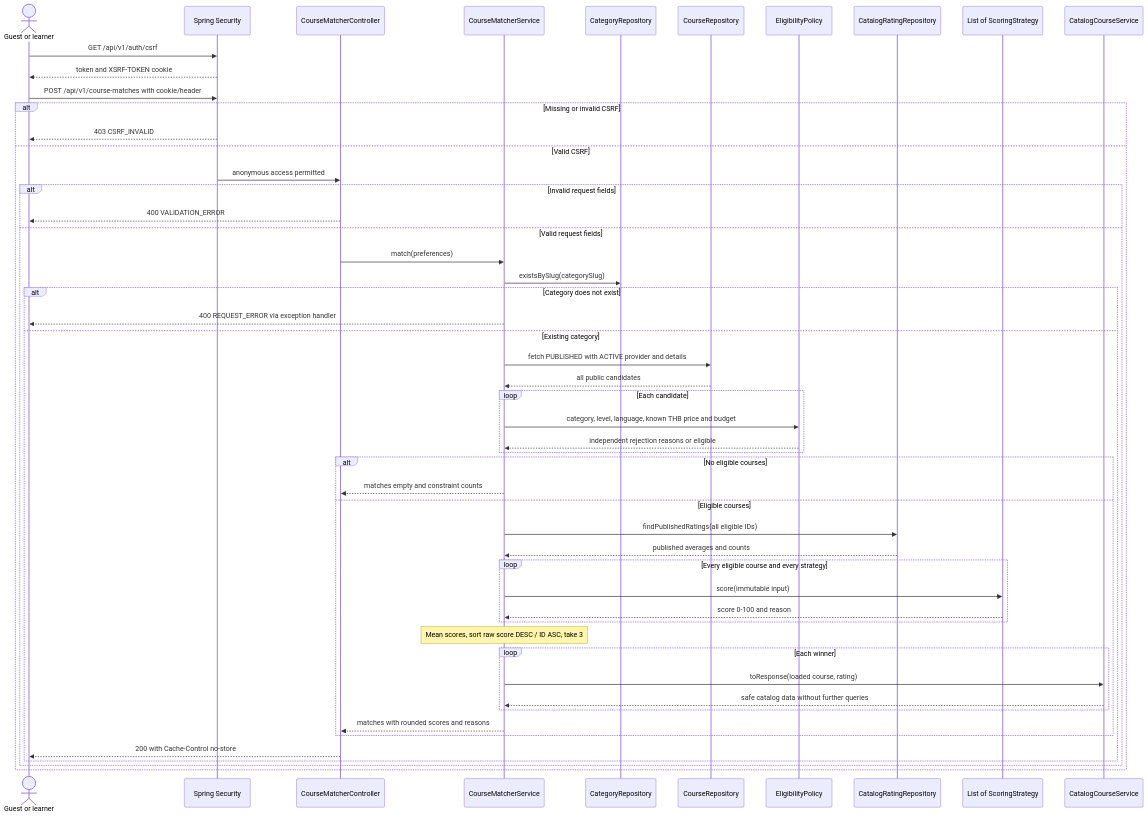
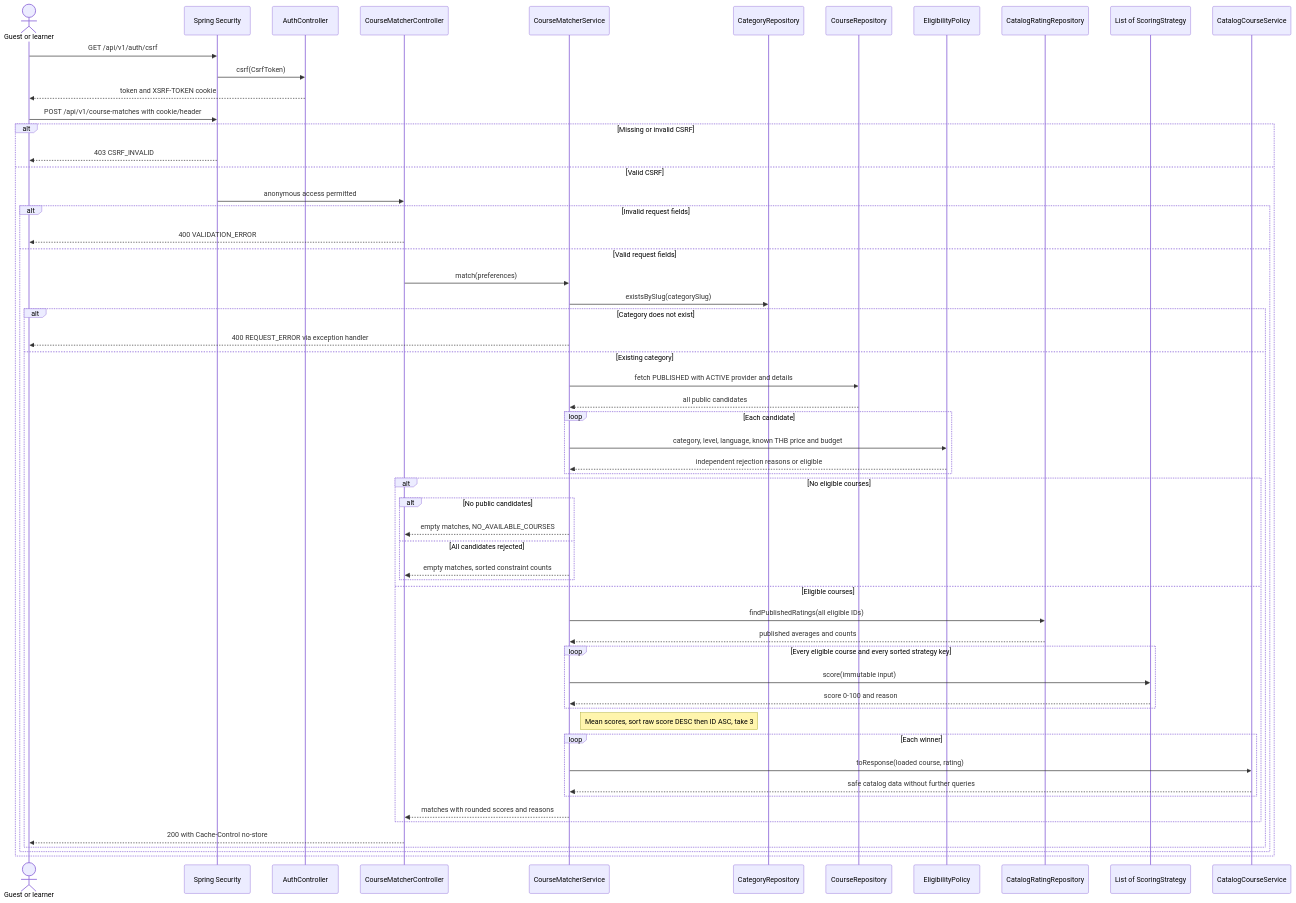
The diagram in doc/diagrams/matcher-strategy-sequence.mmd (poohlikung/GROUP36_CourseRecommend), drawn with Mermaid before and after one commit. The commit also changed 2 other files, not shown here.

Commit message:
feat(task21): จัดทำ diagrams Course Matcher

```diff
--- a/doc/diagrams/matcher-strategy-sequence.mmd
+++ b/doc/diagrams/matcher-strategy-sequence.mmd
@@ -1,52 +1,58 @@
 sequenceDiagram
     actor Learner as Guest or learner
     participant Security as Spring Security
+    participant Csrf as AuthController
     participant Controller as CourseMatcherController
     participant Matcher as CourseMatcherService
     participant Categories as CategoryRepository
     participant Courses as CourseRepository
     participant Policy as EligibilityPolicy
     participant Ratings as CatalogRatingRepository
     participant Strategies as List of ScoringStrategy
     participant Mapper as CatalogCourseService
     Learner->>Security: GET /api/v1/auth/csrf
-    Security-->>Learner: token and XSRF-TOKEN cookie
+    Security->>Csrf: csrf(CsrfToken)
+    Csrf-->>Learner: token and XSRF-TOKEN cookie
     Learner->>Security: POST /api/v1/course-matches with cookie/header
     alt Missing or invalid CSRF
         Security-->>Learner: 403 CSRF_INVALID
     else Valid CSRF
         Security->>Controller: anonymous access permitted
         alt Invalid request fields
             Controller-->>Learner: 400 VALIDATION_ERROR
         else Valid request fields
             Controller->>Matcher: match(preferences)
             Matcher->>Categories: existsBySlug(categorySlug)
             alt Category does not exist
                 Matcher-->>Learner: 400 REQUEST_ERROR via exception handler
             else Existing category
                 Matcher->>Courses: fetch PUBLISHED with ACTIVE provider and details
                 Courses-->>Matcher: all public candidates
                 loop Each candidate
                     Matcher->>Policy: category, level, language, known THB price and budget
                     Policy-->>Matcher: independent rejection reasons or eligible
                 end
                 alt No eligible courses
-                    Matcher-->>Controller: matches empty and constraint counts
+                    alt No public candidates
+                        Matcher-->>Controller: empty matches, NO_AVAILABLE_COURSES
+                    else All candidates rejected
+                        Matcher-->>Controller: empty matches, sorted constraint counts
+                    end
                 else Eligible courses
                     Matcher->>Ratings: findPublishedRatings(all eligible IDs)
                     Ratings-->>Matcher: published averages and counts
-                    loop Every eligible course and every strategy
+                    loop Every eligible course and every sorted strategy key
                         Matcher->>Strategies: score(immutable input)
                         Strategies-->>Matcher: score 0-100 and reason
                     end
-                    Note over Matcher: Mean scores, sort raw score DESC / ID ASC, take 3
+                    Note right of Matcher: Mean scores, sort raw score DESC then ID ASC, take 3
                     loop Each winner
                         Matcher->>Mapper: toResponse(loaded course, rating)
                         Mapper-->>Matcher: safe catalog data without further queries
                     end
                     Matcher-->>Controller: matches with rounded scores and reasons
                 end
                 Controller-->>Learner: 200 with Cache-Control no-store
             end
         end
     end
```
